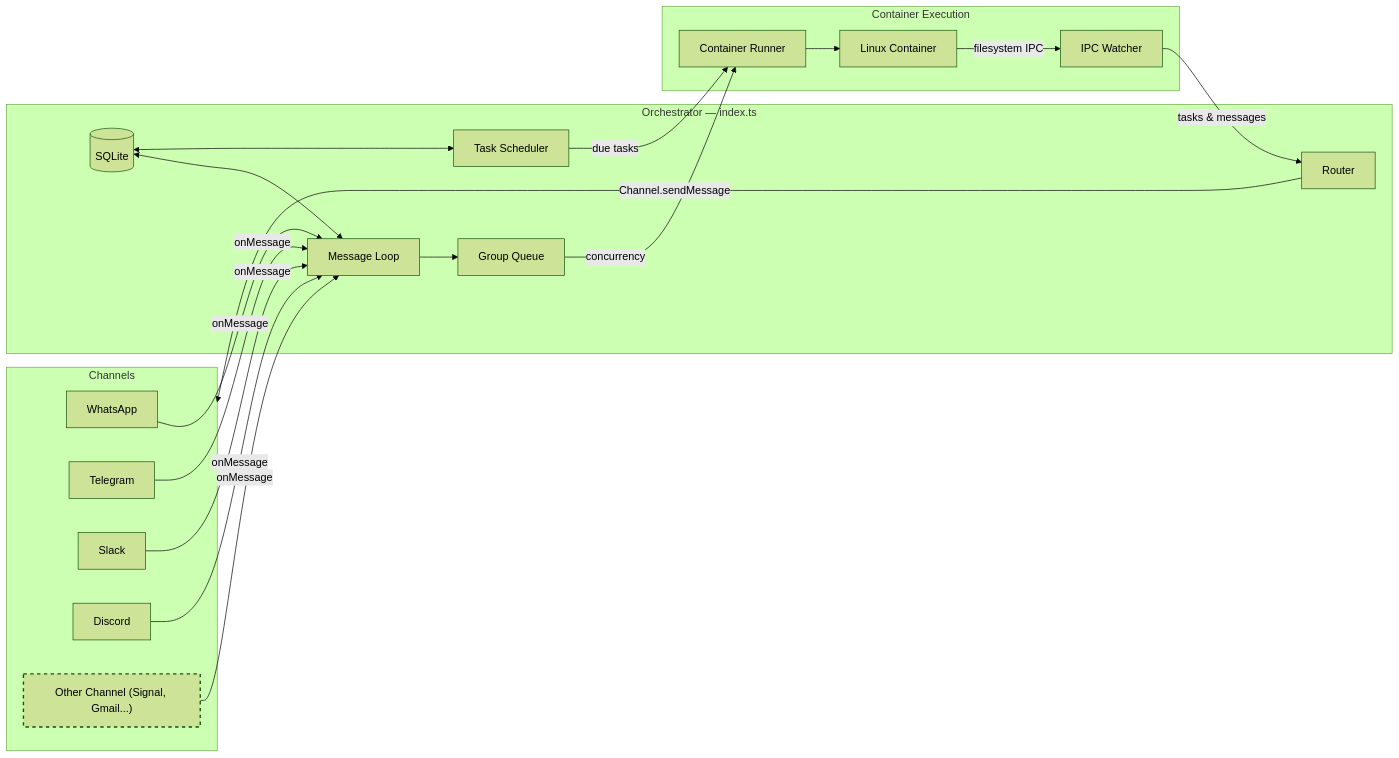
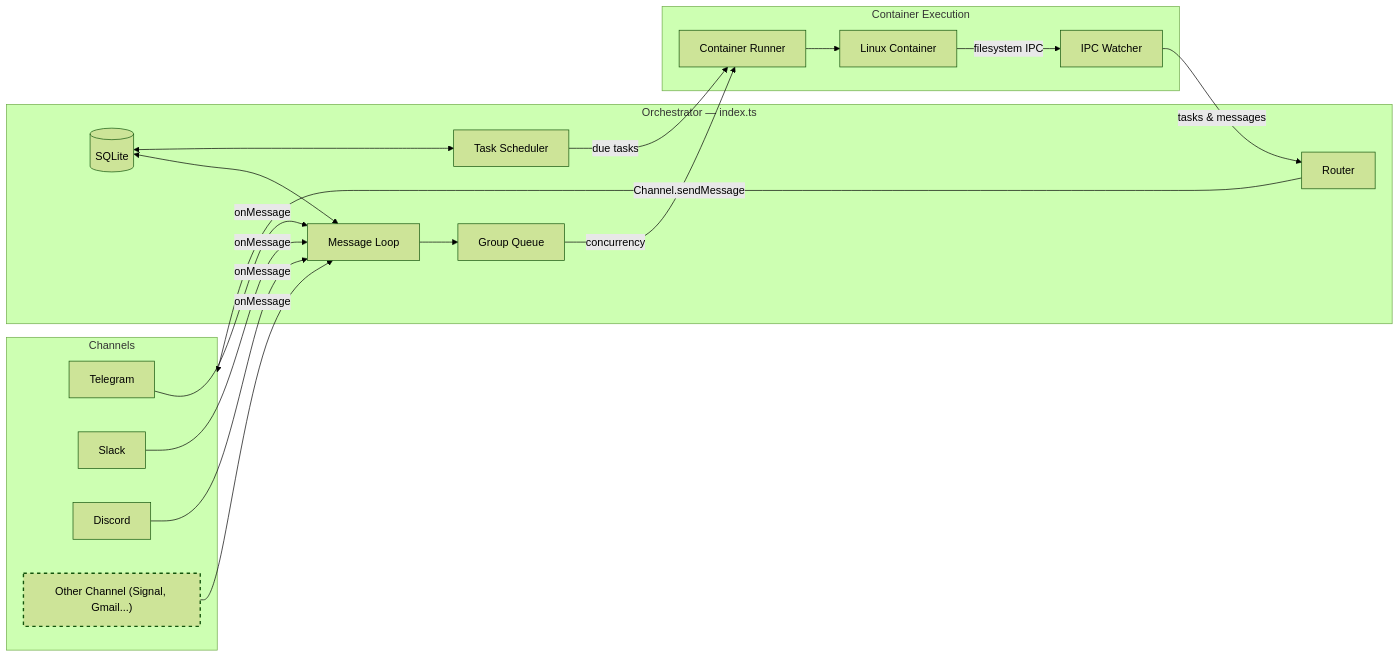
Before and after one commit to vppillai/nanoclaw: the diagram in docs/SPEC.md, drawn with Mermaid (forest theme). The commit also changed other lines of this file and 63 other files, not shown here.

First line of the commit message:
Remove WhatsApp support, retain Telegram-only

````diff
--- a/docs/SPEC.md
+++ b/docs/SPEC.md
@@ -93,41 +93,40 @@
 ```mermaid
 graph LR
     subgraph Channels["Channels"]
-        WA[WhatsApp]
         TG[Telegram]
         SL[Slack]
         DC[Discord]
         New["Other Channel (Signal, Gmail...)"]
     end
 
     subgraph Orchestrator["Orchestrator — index.ts"]
         ML[Message Loop]
         GQ[Group Queue]
         RT[Router]
         TS[Task Scheduler]
         DB[(SQLite)]
     end
 
     subgraph Execution["Container Execution"]
         CR[Container Runner]
         LC["Linux Container"]
         IPC[IPC Watcher]
     end
 
     %% Flow
-    WA & TG & SL & DC & New -->|onMessage| ML
+    TG & SL & DC & New -->|onMessage| ML
     ML --> GQ
     GQ -->|concurrency| CR
     CR --> LC
     LC -->|filesystem IPC| IPC
     IPC -->|tasks & messages| RT
     RT -->|Channel.sendMessage| Channels
     TS -->|due tasks| CR
 
     %% DB Connections
     DB <--> ML
     DB <--> TS
 
     %% Styling for the dynamic channel
     style New stroke-dasharray: 5 5,stroke-width:2px
 ```
````
